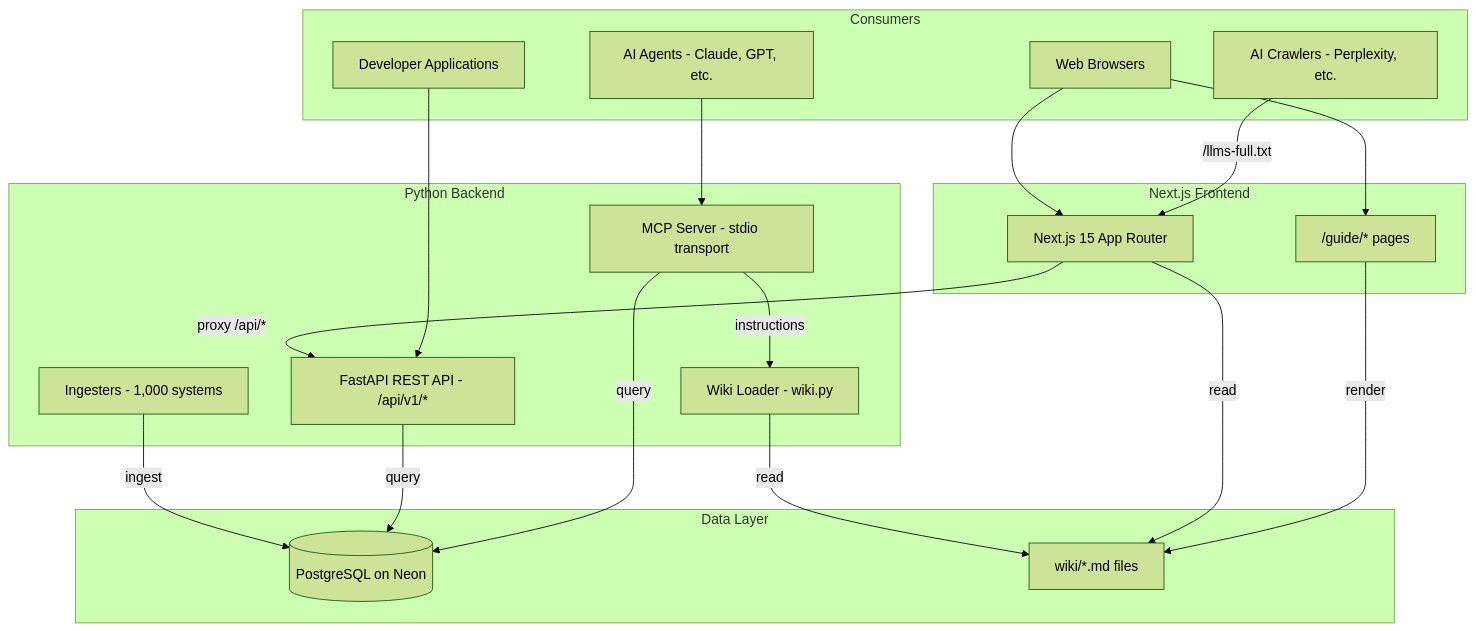
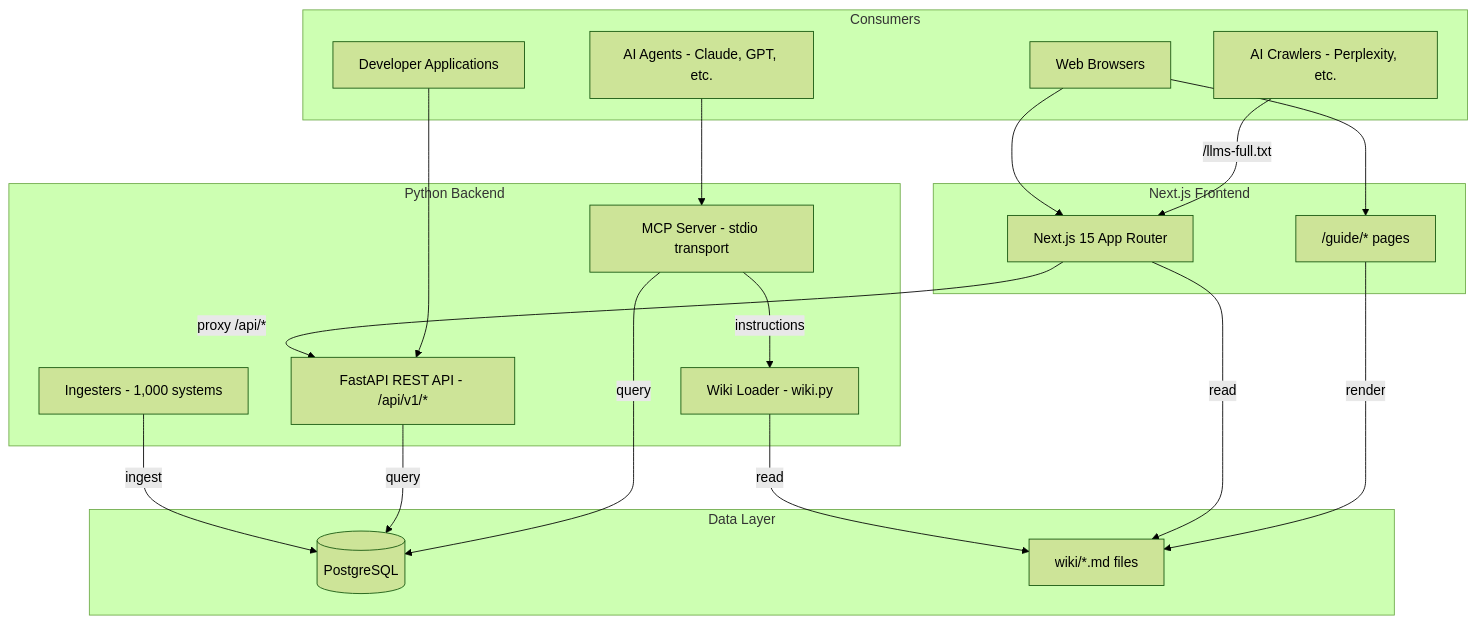
Before and after one commit to colaberry/WorldOfTaxanomy: the first of 5 diagrams in wiki/architecture.md, drawn with Mermaid (forest theme). The commit also changed other lines of this file and 25 other files, not shown here.

````diff
--- a/wiki/architecture.md
+++ b/wiki/architecture.md
@@ -9,36 +9,36 @@
 ```mermaid
 graph TB
   subgraph Data["Data Layer"]
-    PG[(PostgreSQL on Neon)]
+    PG[(PostgreSQL)]
     WIKI["wiki/*.md files"]
   end
   subgraph Backend["Python Backend"]
     INGEST["Ingesters - 1,000 systems"]
     API["FastAPI REST API - /api/v1/*"]
     MCP["MCP Server - stdio transport"]
     WIKILOADER["Wiki Loader - wiki.py"]
   end
   subgraph Frontend["Next.js Frontend"]
     NEXT["Next.js 15 App Router"]
     GUIDE["/guide/* pages"]
   end
   subgraph Consumers
     BROWSER["Web Browsers"]
     AIAGENT["AI Agents - Claude, GPT, etc."]
     CRAWLER["AI Crawlers - Perplexity, etc."]
     DEV["Developer Applications"]
   end
   INGEST -->|ingest| PG
   API -->|query| PG
   MCP -->|query| PG
   WIKILOADER -->|read| WIKI
   MCP -->|instructions| WIKILOADER
   NEXT -->|proxy /api/*| API
   NEXT -->|read| WIKI
   GUIDE -->|render| WIKI
   BROWSER --> NEXT
   BROWSER --> GUIDE
   AIAGENT --> MCP
   CRAWLER -->|/llms-full.txt| NEXT
   DEV --> API
 ```
````
